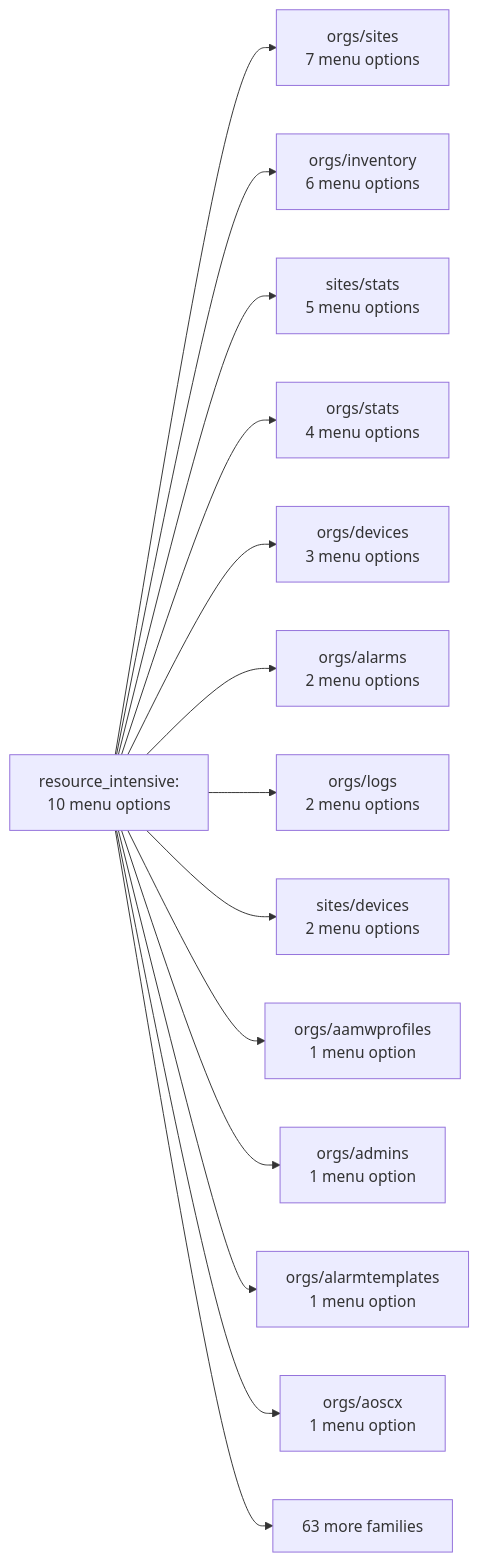
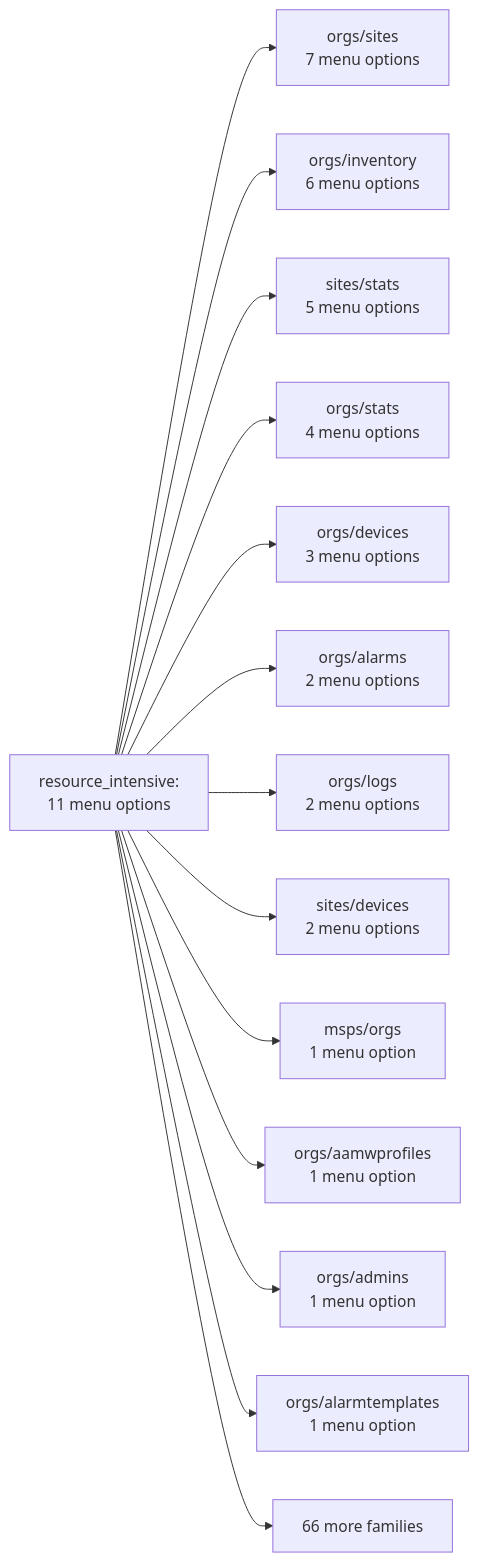
One commit to jmorrison-juniper/MistHelper changed the first of 8 diagrams in documentation/menu-api/resource-intensive.md. Above: the diagram before and after it, drawn with Mermaid. The commit also changed other lines of this file and 111 other files, not shown here.

````diff
--- a/documentation/menu-api/resource-intensive.md
+++ b/documentation/menu-api/resource-intensive.md
@@ -17,17 +17,17 @@
 ```mermaid
 flowchart LR
-    root["resource_intensive:<br/>10 menu options"]
+    root["resource_intensive:<br/>11 menu options"]
     root --> f_orgs_sites["orgs/sites<br/>7 menu options"]
     root --> f_orgs_inventory["orgs/inventory<br/>6 menu options"]
     root --> f_sites_stats["sites/stats<br/>5 menu options"]
     root --> f_orgs_stats["orgs/stats<br/>4 menu options"]
     root --> f_orgs_devices["orgs/devices<br/>3 menu options"]
     root --> f_orgs_alarms["orgs/alarms<br/>2 menu options"]
     root --> f_orgs_logs["orgs/logs<br/>2 menu options"]
     root --> f_sites_devices["sites/devices<br/>2 menu options"]
+    root --> f_msps_orgs["msps/orgs<br/>1 menu option"]
     root --> f_orgs_aamwprofiles["orgs/aamwprofiles<br/>1 menu option"]
     root --> f_orgs_admins["orgs/admins<br/>1 menu option"]
     root --> f_orgs_alarmtemplates["orgs/alarmtemplates<br/>1 menu option"]
-    root --> f_orgs_aoscx["orgs/aoscx<br/>1 menu option"]
-    root --> more["63 more families"]
+    root --> more["66 more families"]
 ```
````
